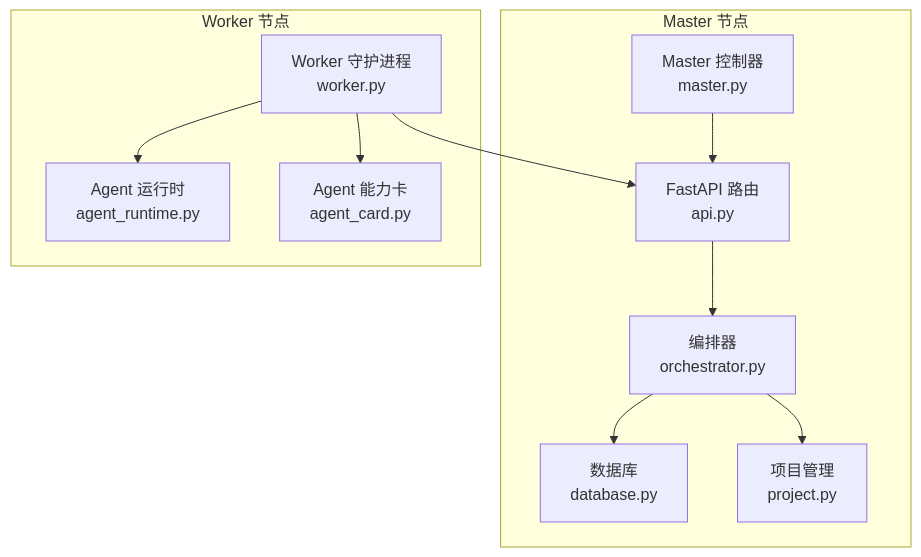
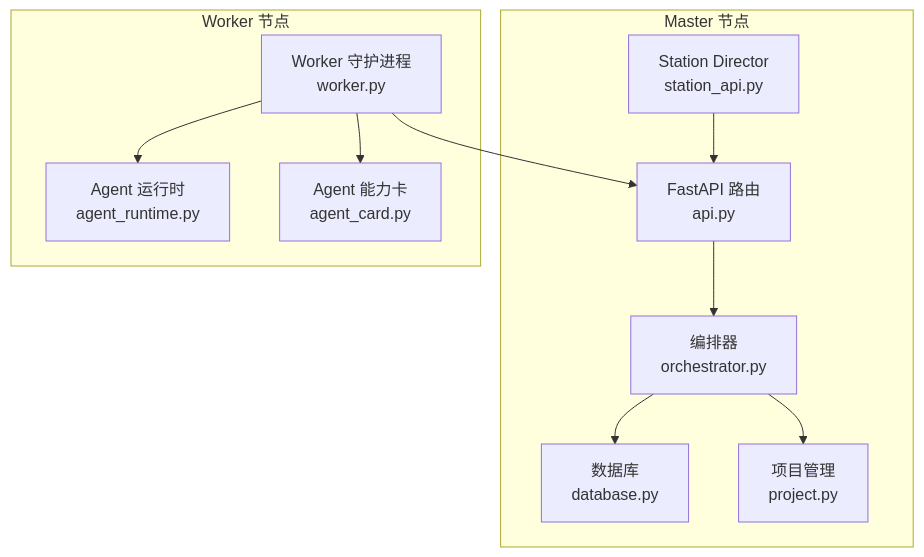
One commit to targalian/Personal-distributed-workstation changed the first of 5 diagrams in .qoder/repowiki/zh/content/Web API 接口/Master API 接口/任务管理 API.md. Above: the diagram before and after it, drawn with Mermaid. The commit also changed other lines of this file and 63 other files, not shown here.

Commit message:
docs(station): 同步 repo wiki 至 station_controller/station_api 架构

````diff
--- a/.qoder/repowiki/zh/content/Web API 接口/Master API 接口/任务管理 API.md
+++ b/.qoder/repowiki/zh/content/Web API 接口/Master API 接口/任务管理 API.md
@@ -44,22 +44,22 @@
 ```mermaid
 graph TB
 subgraph "Master 节点"
 API["FastAPI 路由<br/>api.py"]
 ORCH["编排器<br/>orchestrator.py"]
 DB["数据库<br/>database.py"]
 PROJ["项目管理<br/>project.py"]
-MAST["Master 控制器<br/>master.py"]
+MAST["Station Director<br/>station_api.py"]
 end
 subgraph "Worker 节点"
 WRK["Worker 守护进程<br/>worker.py"]
 AR["Agent 运行时<br/>agent_runtime.py"]
 AC["Agent 能力卡<br/>agent_card.py"]
 end
 API --> ORCH
 ORCH --> DB
 ORCH --> PROJ
 WRK --> API
 WRK --> AR
 WRK --> AC
 MAST --> API
 ```
````
